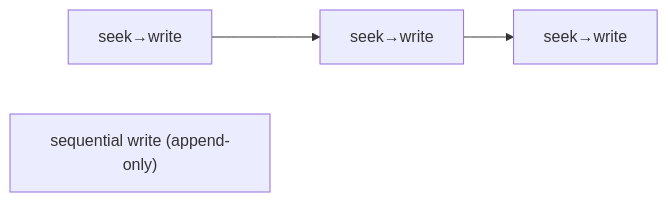
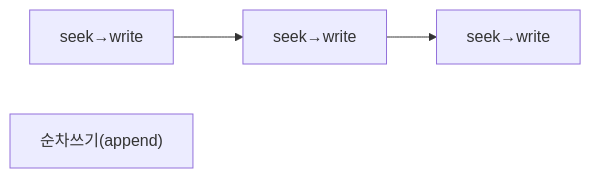
Diagram 11 of 17 in _posts/kafka/2026-05-01-kafka-fundamentals.md (yjkim2015/yjkim2015.github.io), drawn with Mermaid before and after one commit. The commit also changed other lines of this file and 48 other files, not shown here.

First line of the commit message:
Mermaid 최종 47건 수정: participant/노드/줄수/라벨 전부 기준 이하

````diff
--- a/_posts/kafka/2026-05-01-kafka-fundamentals.md
+++ b/_posts/kafka/2026-05-01-kafka-fundamentals.md
@@ -362,5 +361,5 @@
 ```mermaid
 graph LR
     RW1["seek→write"] --> RW2["seek→write"] --> RW3["seek→write"]
-    SW["sequential write (append-only)"]
+    SW["순차쓰기(append)"]
 ```
````
